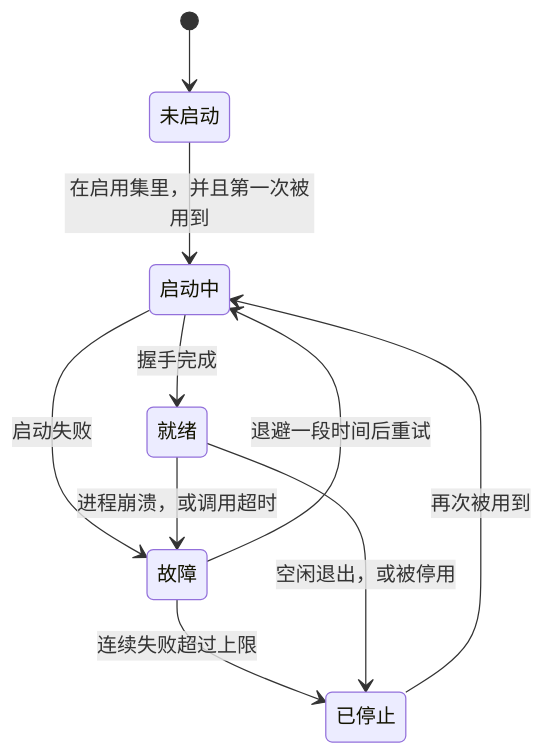
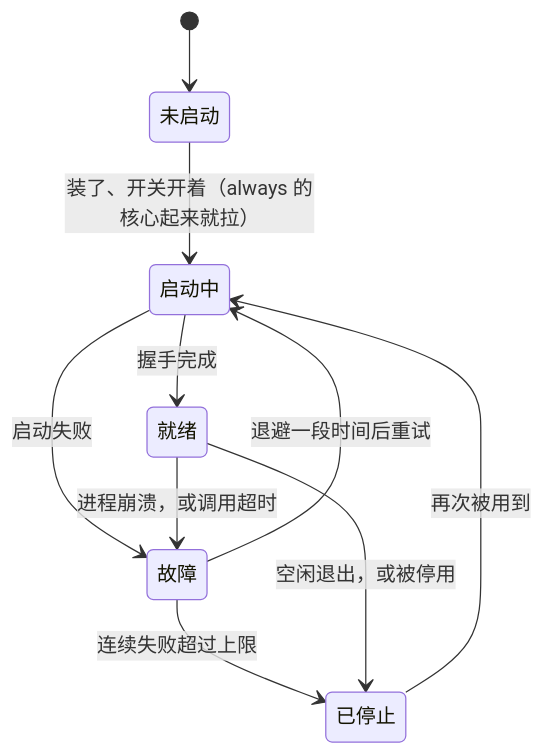
The fifth of 5 diagrams in docs/designs/05-内核接口.md (SHORiN-KiWATA/miyu-agent-remake), drawn with Mermaid before and after one commit. The commit also changed other lines of this file and 20 other files, not shown here.

````diff
--- a/docs/designs/05-内核接口.md
+++ b/docs/designs/05-内核接口.md
@@ -419,17 +421,17 @@
 ```mermaid
 stateDiagram-v2
     state "未启动" as Off
     state "启动中" as Starting
     state "就绪" as Ready
     state "故障" as Failed
     state "已停止" as Stopped
     [*] --> Off
-    Off --> Starting: 在启用集里，并且第一次被用到
+    Off --> Starting: 装了、开关开着（always 的核心起来就拉）
     Starting --> Ready: 握手完成
     Starting --> Failed: 启动失败
     Ready --> Failed: 进程崩溃，或调用超时
     Failed --> Starting: 退避一段时间后重试
     Failed --> Stopped: 连续失败超过上限
     Ready --> Stopped: 空闲退出，或被停用
     Stopped --> Starting: 再次被用到
 ```
````
